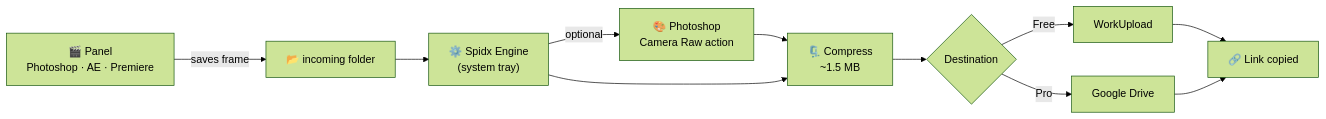
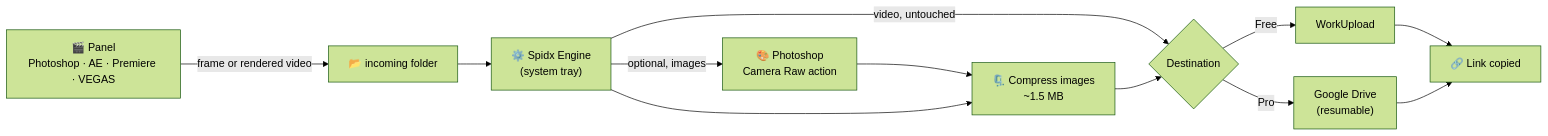
Before and after one commit to vfxspidx/Spidx-Uploader: the diagram in README.md, drawn with Mermaid (forest theme). The commit also changed other lines of this file, not shown here.

````diff
--- a/README.md
+++ b/README.md
@@ -138,13 +149,14 @@
 ```mermaid
 flowchart LR
-    A["🎬 Panel<br/>Photoshop · AE · Premiere"] -->|saves frame| B["📂 incoming folder"]
+    A["🎬 Panel<br/>Photoshop · AE · Premiere · VEGAS"] -->|frame or rendered video| B["📂 incoming folder"]
     B --> C["⚙️ Spidx Engine<br/>(system tray)"]
-    C -->|optional| D["🎨 Photoshop<br/>Camera Raw action"]
-    D --> E["🗜️ Compress<br/>~1.5 MB"]
+    C -->|optional, images| D["🎨 Photoshop<br/>Camera Raw action"]
+    D --> E["🗜️ Compress images<br/>~1.5 MB"]
     C --> E
+    C -->|video, untouched| F
     E --> F{"Destination"}
     F -->|Free| G["WorkUpload"]
-    F -->|Pro| H["Google Drive"]
+    F -->|Pro| H["Google Drive<br/>(resumable)"]
     G --> I["🔗 Link copied"]
     H --> I
 ```
````
